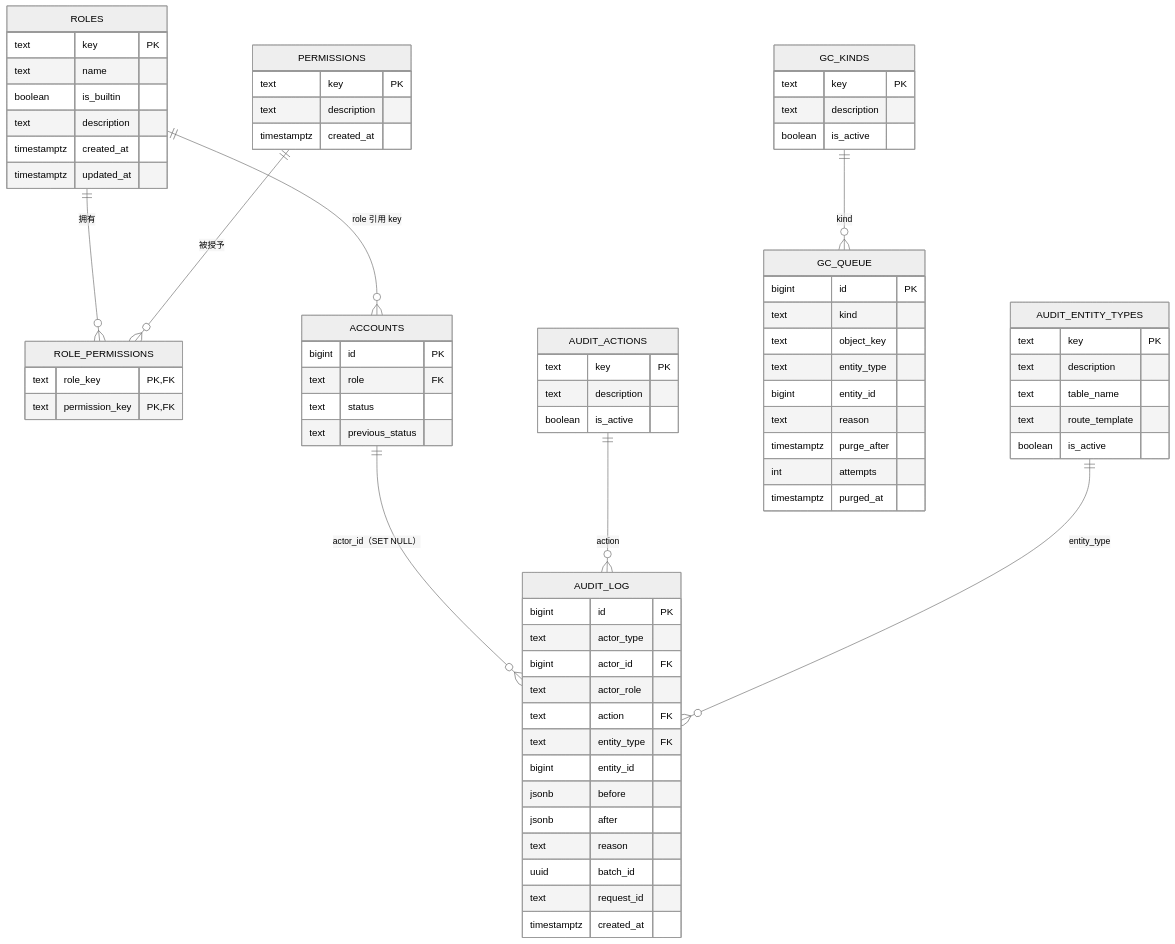
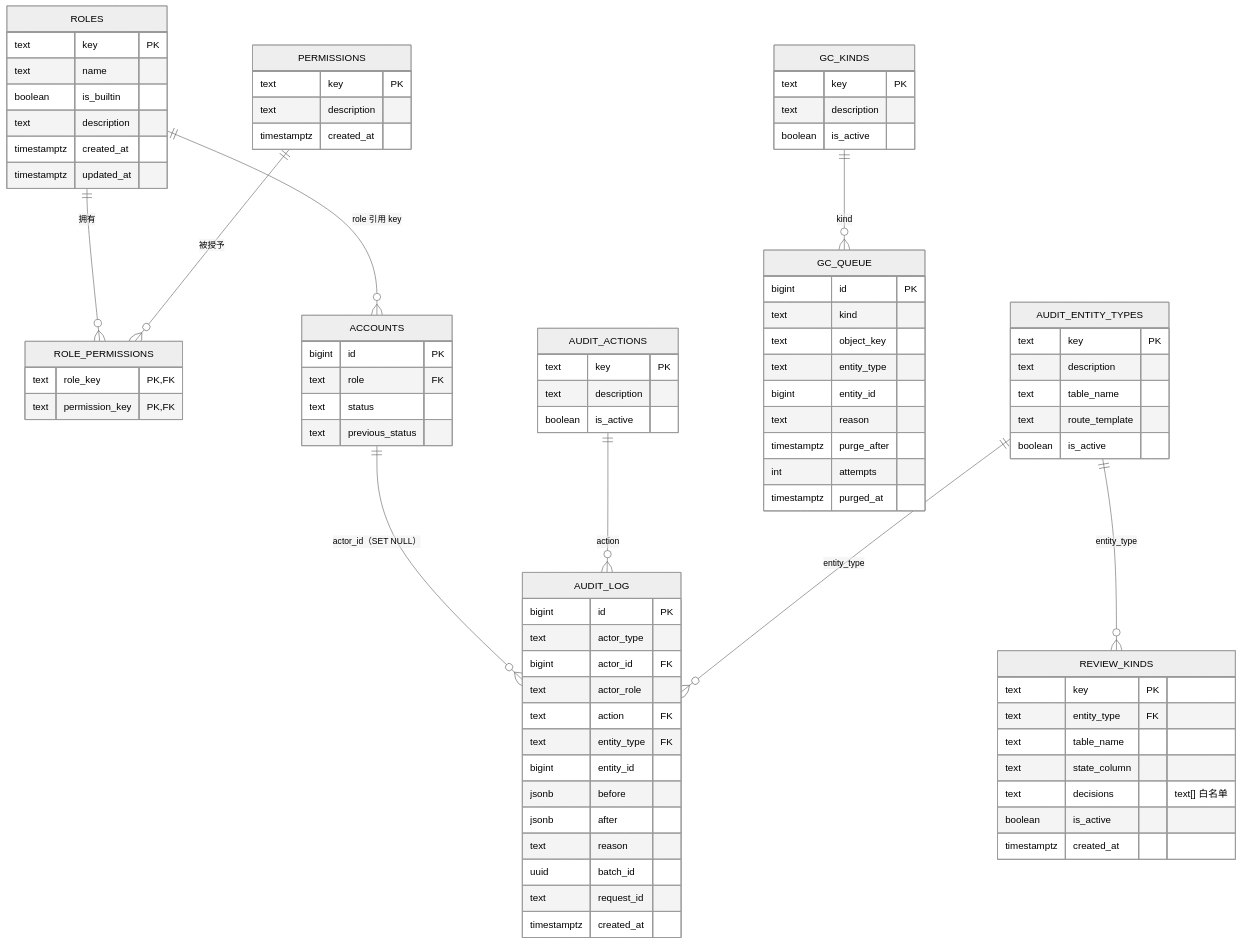
Before and after one commit to deepdemos/ds-demos-showcase: the third of 7 diagrams in docs/治理域设计.md, drawn with Mermaid (neutral theme). The commit also changed other lines of this file and 1 other file, not shown here.

First line of the commit message:
docs: 治理域设计 v1.8（Q9–Q16 定案 + review_kinds 注册表）

````diff
--- a/docs/治理域设计.md
+++ b/docs/治理域设计.md
@@ -597,6 +646,15 @@
         int attempts
         timestamptz purged_at
     }
+    REVIEW_KINDS {
+        text key PK
+        text entity_type FK
+        text table_name
+        text state_column
+        text decisions "text[] 白名单"
+        boolean is_active
+        timestamptz created_at
+    }
     ACCOUNTS {
         bigint id PK
         text role FK
@@ -611,4 +669,5 @@
     AUDIT_ACTIONS ||--o{ AUDIT_LOG : "action"
     AUDIT_ENTITY_TYPES ||--o{ AUDIT_LOG : "entity_type"
     GC_KINDS ||--o{ GC_QUEUE : "kind"
+    AUDIT_ENTITY_TYPES ||--o{ REVIEW_KINDS : "entity_type"
 ```
````
